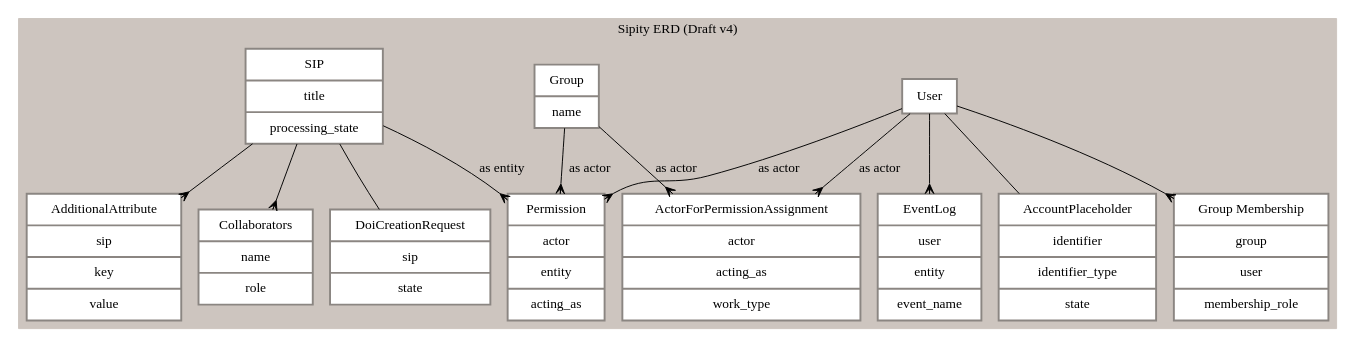
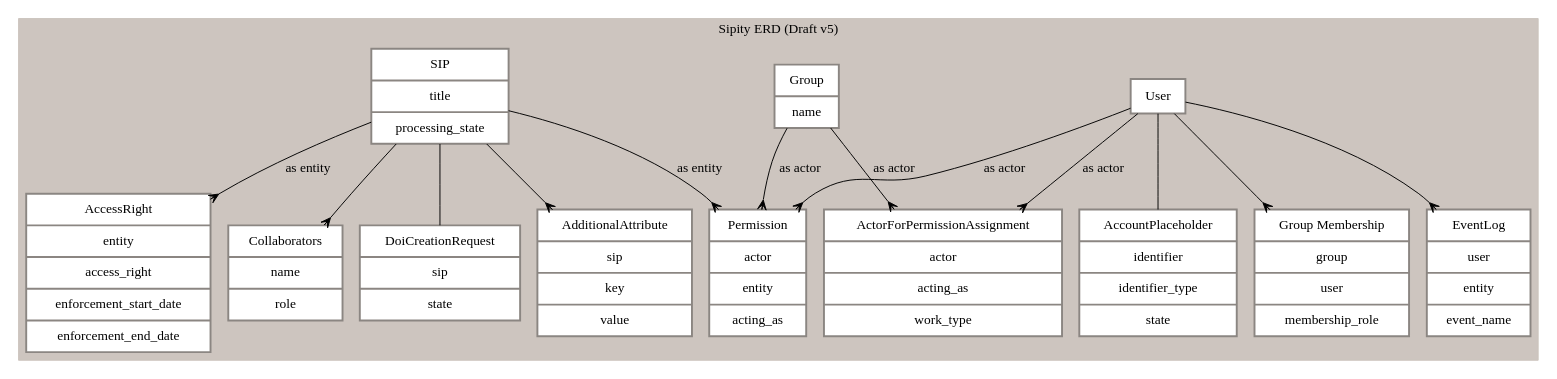
Before and after one commit to scholarworks/sipity: the diagram in artifacts/sipity-erd.dot, drawn with Graphviz. The commit also changed 1 other file, not shown here.

Commit message:
Update ERD to include AccessRight
@see sipity@70c83d1bb08a918643ef2f2007399adb37818716 for underlying
changes.

Note, I'm not including the PNG as there are other changes coming down
the pipe and I don't want to keep uploading binaries.

```diff
--- a/artifacts/sipity-erd.dot
+++ b/artifacts/sipity-erd.dot
@@ -1,38 +1,40 @@
 digraph "G" {
     compound=true;
     node[color="grey15" shape=record penwidth=2 margin="0.15, 0.125"];
 
     subgraph cluster_0 {
-        label="Sipity ERD (Draft v4)"
+        label="Sipity ERD (Draft v5)"
         color="seashell3"
         style="filled"
         node[style=filled fillcolor=white color="seashell4"]
         edge[arrowhead="crow"]
 
         user[label="{ User }"]
         group_entity[label="{ Group | name }"]
         group_membership[label="{ Group Membership | group | user | membership_role }"]
         sip[label="{ SIP | title | processing_state }"]
         event_log[label="{ EventLog | user | entity | event_name }"]
         permission[label="{ Permission | actor | entity | acting_as }"]
         collaborators[label="{ Collaborators | name | role }"]
         account_placeholder[label="{ AccountPlaceholder | identifier | identifier_type | state }"]
         doi_creation_request[label="{ DoiCreationRequest | sip | state }"]
         additional_attributes[label="{ AdditionalAttribute | sip | key | value }"]
         ActorForPermissionAssignment[label="{ ActorForPermissionAssignment | actor | acting_as | work_type }"]
+        AccessRight[label="{ AccessRight | entity | access_right | enforcement_start_date | enforcement_end_date }"]
 
         user -> group_membership
         group_entity -> ActorForPermissionAssignment[label="as actor"]
         user -> ActorForPermissionAssignment[label="as actor"]
 
+        sip -> AccessRight[label="as entity"]
         user -> permission[label="as actor"]
         group_entity -> permission[label="as actor"]
         sip -> permission[label="as entity"]
         user -> event_log
         sip -> collaborators
         sip -> additional_attributes
         sip -> doi_creation_request[arrowhead=none]
         user -> account_placeholder[arrowhead=none]
     }
 
 }
```
